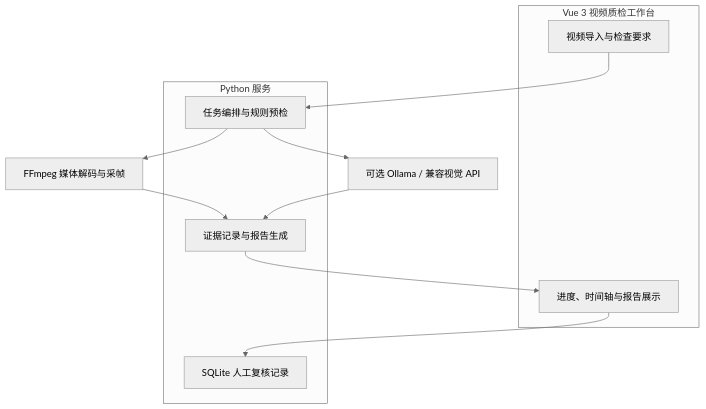
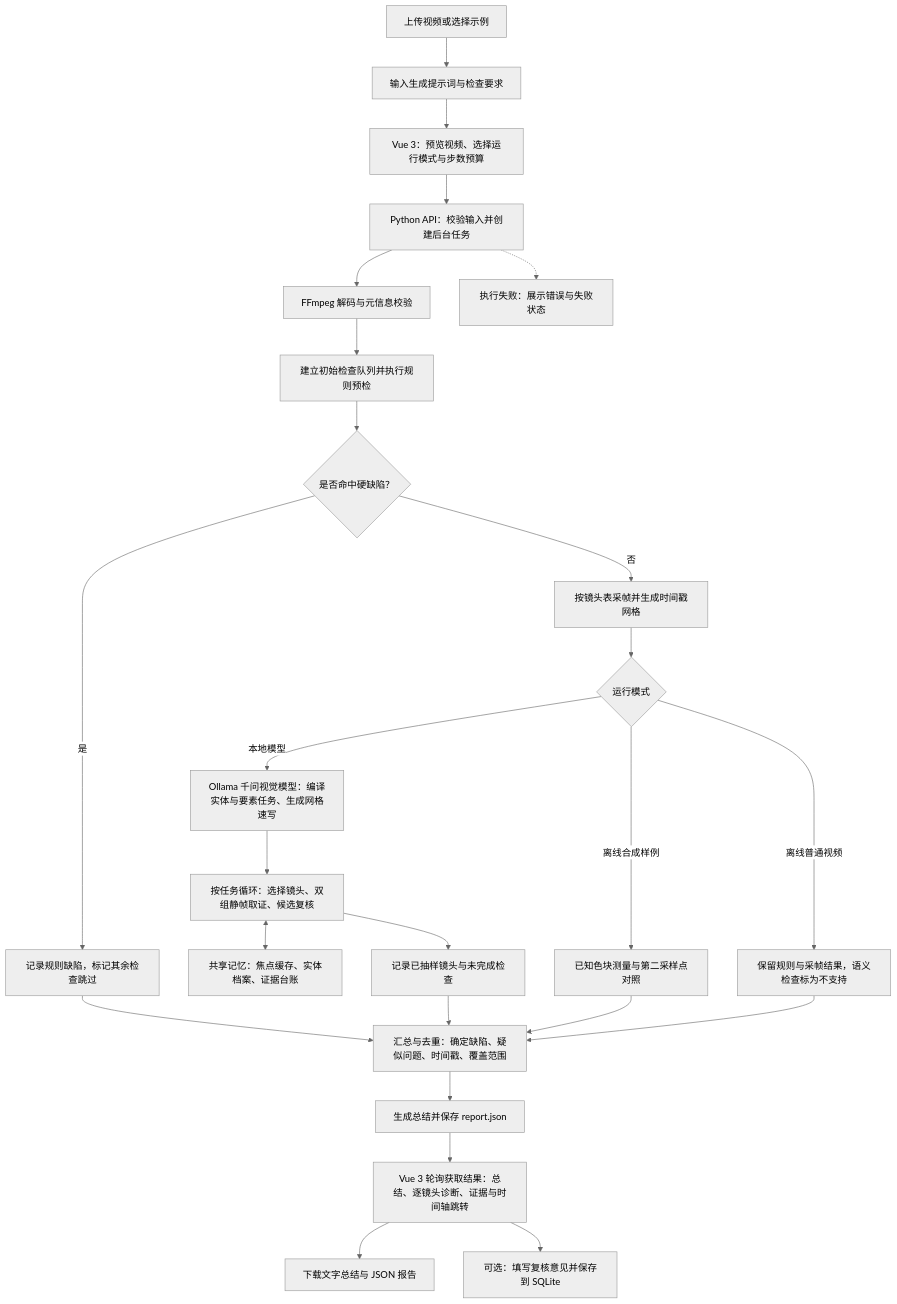
The diagram in README.md (2SHANLIANG1/frameproof-agent), drawn with Mermaid (neutral theme) before and after one commit. The commit also changed other lines of this file and 21 other files, not shown here.

````diff
--- a/README.md
+++ b/README.md
@@ -29,21 +19,27 @@
 ```mermaid
-flowchart TB
-    subgraph UI[Vue 3 视频质检工作台]
-        A[视频导入与检查要求]
-        B[进度、时间轴与报告展示]
-    end
-    subgraph API[Python 服务]
-        C[任务编排与规则预检]
-        D[证据记录与报告生成]
-        E[SQLite 人工复核记录]
-    end
-    F[FFmpeg 媒体解码与采帧]
-    G[可选 Ollama / 兼容视觉 API]
-    A --> C
-    C --> F
-    C --> G
-    F --> D
-    G --> D
-    D --> B
-    B --> E
+flowchart TD
+  A[上传视频或选择示例] --> B[输入生成提示词与检查要求]
+  B --> C[Vue 3：预览视频、选择运行模式与步数预算]
+  C --> D[Python API：校验输入并创建后台任务]
+  D --> E[FFmpeg 解码与元信息校验]
+  E --> F[建立初始检查队列并执行规则预检]
+  F --> G{是否命中硬缺陷？}
+  G -->|是| H[记录规则缺陷，标记其余检查跳过]
+  G -->|否| I[按镜头表采帧并生成时间戳网格]
+  I --> J{运行模式}
+  J -->|本地模型| K[Ollama 千问视觉模型：编译实体与要素任务、生成网格速写]
+  K --> L[按任务循环：选择镜头、双组静帧取证、候选复核]
+  L <--> M[共享记忆：焦点缓存、实体档案、证据台账]
+  L --> N[记录已抽样镜头与未完成检查]
+  J -->|离线合成样例| O[已知色块测量与第二采样点对照]
+  J -->|离线普通视频| P[保留规则与采帧结果，语义检查标为不支持]
+  H --> Q[汇总与去重：确定缺陷、疑似问题、时间戳、覆盖范围]
+  N --> Q
+  O --> Q
+  P --> Q
+  Q --> R[生成总结并保存 report.json]
+  R --> S[Vue 3 轮询获取结果：总结、逐镜头诊断、证据与时间轴跳转]
+  S --> T[下载文字总结与 JSON 报告]
+  S --> U[可选：填写复核意见并保存到 SQLite]
+  D -.-> V[执行失败：展示错误与失败状态]
 ```
````
